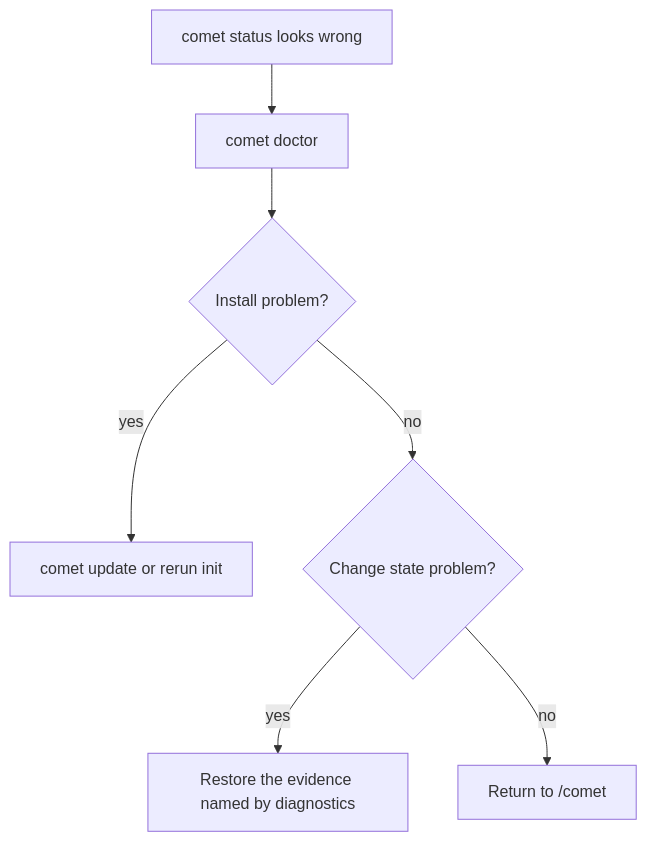
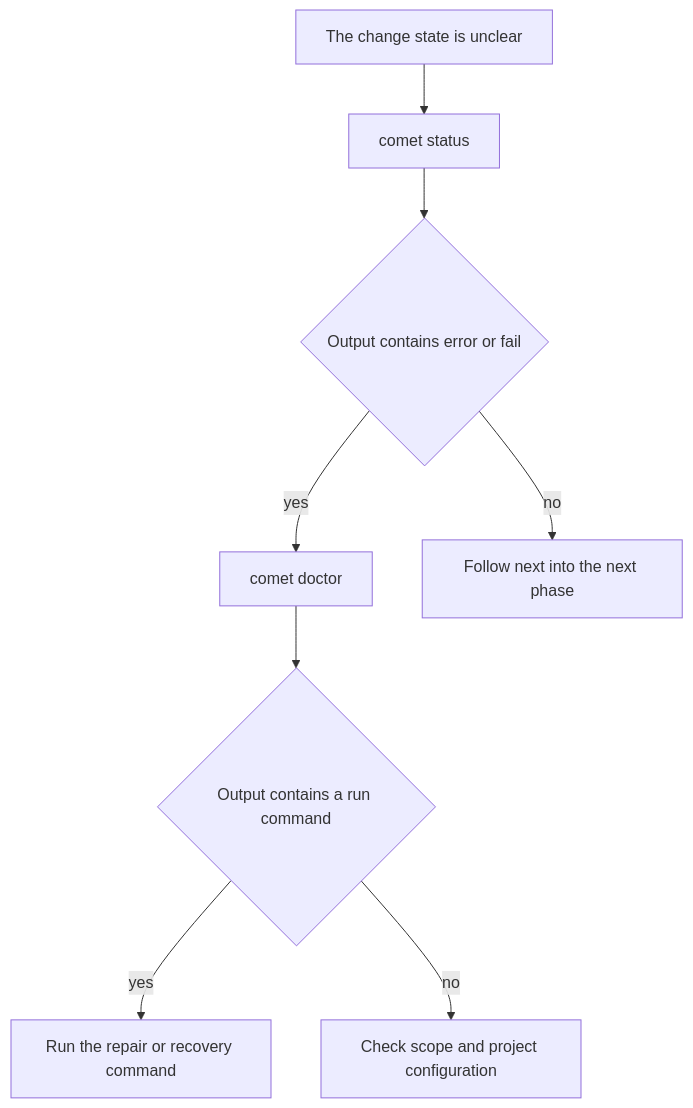
One commit to rpamis/comet-website-docs changed the diagram in en/cli/doctor.mdx. Above: the diagram before and after it, drawn with Mermaid. The commit also changed other lines of this file and 3 other files, not shown here.

Commit message:
docs: clarify comet status and doctor output

````diff
--- a/en/cli/doctor.mdx
+++ b/en/cli/doctor.mdx
@@ -37,9 +129,10 @@
 ```mermaid
 flowchart TD
-  A["comet status looks wrong"] --> B["comet doctor"]
-  B --> C{"Install problem?"}
-  C -->|yes| D["comet update or rerun init"]
-  C -->|no| E{"Change state problem?"}
-  E -->|yes| F["Restore the evidence named by diagnostics"]
-  E -->|no| G["Return to /comet"]
+  A["The change state is unclear"] --> B["comet status"]
+  B --> C{"Output contains error or fail"}
+  C -->|yes| D["comet doctor"]
+  D --> E{"Output contains a run command"}
+  E -->|yes| F["Run the repair or recovery command"]
+  E -->|no| G["Check scope and project configuration"]
+  C -->|no| H["Follow next into the next phase"]
 ```
````
